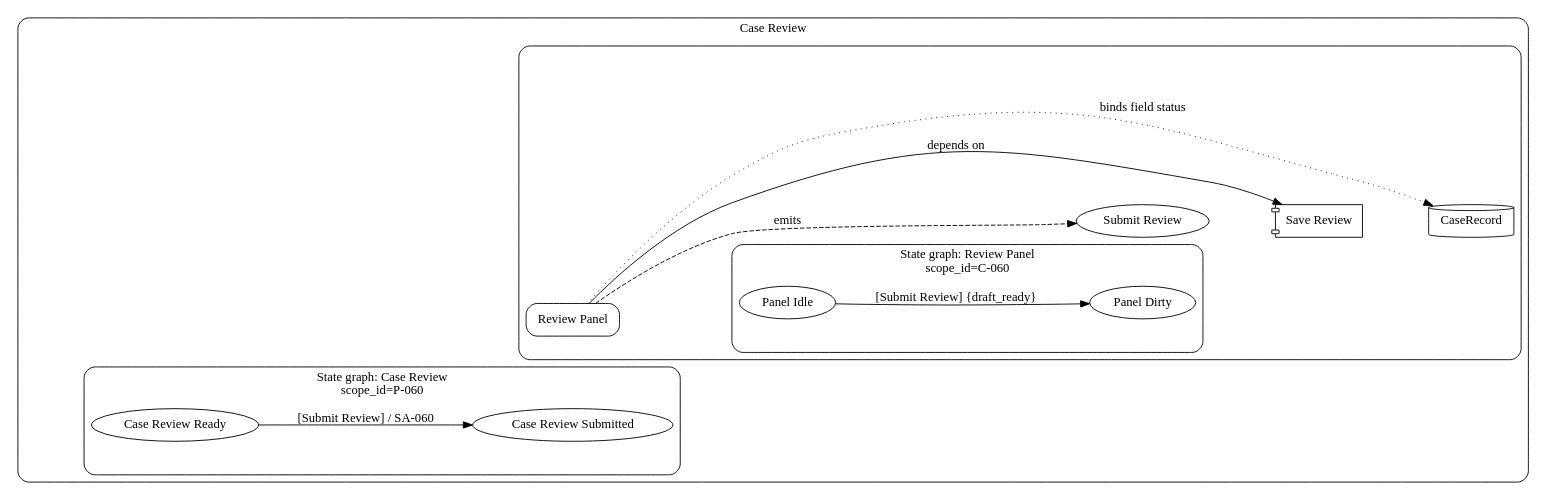
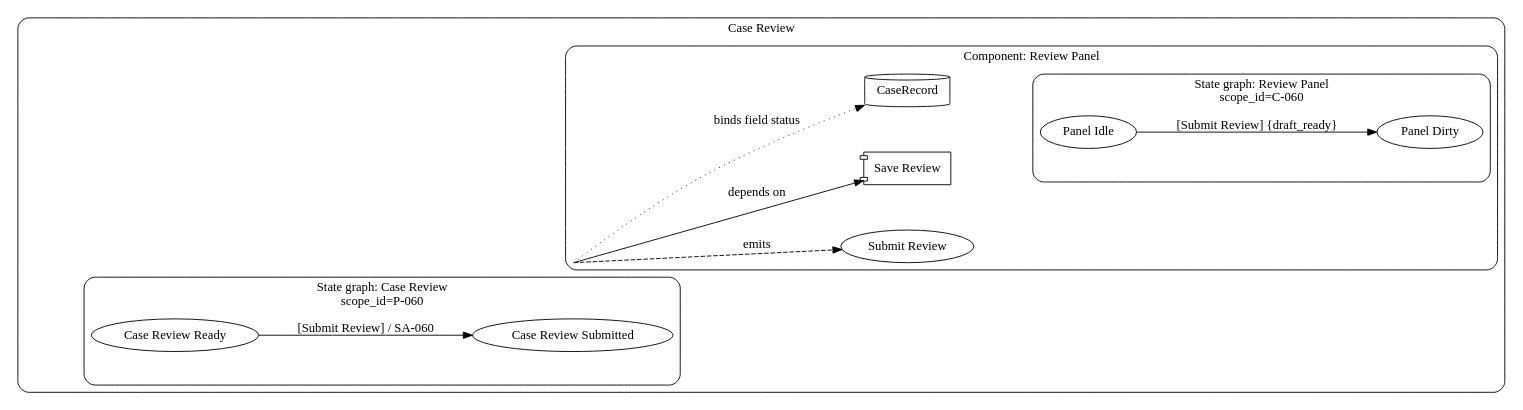
The diagram in examples/rendered/v0.1/ui_contracts_diagram_type/ui_state_fallback_example/simple_profile/ui_state_fallback.ui_contracts.dot (knutopia/Structured-Design-Documents), drawn with Graphviz before and after one commit. The commit also changed 31 other files, not shown here.

```diff
--- a/examples/rendered/v0.1/ui_contracts_diagram_type/ui_state_fallback_example/simple_profile/ui_state_fallback.ui_contracts.dot
+++ b/examples/rendered/v0.1/ui_contracts_diagram_type/ui_state_fallback_example/simple_profile/ui_state_fallback.ui_contracts.dot
@@ -1,38 +1,35 @@
 digraph ui_contracts {
   rankdir=LR;
   graph [fontname="Public Sans", compound=true, nodesep=0.7, ranksep=1.0];
   node [fontname="Public Sans"];
   edge [fontname="Public Sans"];
   subgraph cluster_P_060 {
     graph [label="Case Review", style="rounded"];
     "P-060__anchor" [label="", shape="point", width=0, height=0, style="invis"];
     subgraph cluster_secondary_state_group_P_060 {
       graph [label="State graph: Case Review\nscope_id=P-060", style="rounded"];
       "ST-060a" [shape="ellipse", label="Case Review Ready"];
       "ST-060b" [shape="ellipse", label="Case Review Submitted"];
     }
     subgraph cluster_C_060 {
-      graph [label="", style="rounded"];
-      "C-060" [shape="box", style="rounded", label="Review Panel"];
+      graph [label="Component: Review Panel", style="rounded"];
+      "C-060__anchor" [label="", shape="point", width=0, height=0, style="invis"];
+      "E-060" [shape="oval", label="Submit Review"];
+      "SA-060" [shape="component", label="Save Review"];
+      "D-060" [shape="cylinder", label="CaseRecord"];
       subgraph cluster_secondary_state_group_C_060 {
         graph [label="State graph: Review Panel\nscope_id=C-060", style="rounded"];
         "ST-061a" [shape="ellipse", label="Panel Idle"];
         "ST-061b" [shape="ellipse", label="Panel Dirty"];
       }
-      "E-060" [shape="oval", label="Submit Review"];
-      "SA-060" [shape="component", label="Save Review"];
-      "D-060" [shape="cylinder", label="CaseRecord"];
     }
   }
   "P-060__anchor" -> "ST-060a" [style=invis, weight=100];
-  "ST-060a" -> "C-060" [style=invis, weight=100];
-  "C-060" -> "ST-061a" [style=invis, weight=100];
-  "ST-061a" -> "E-060" [style=invis, weight=100];
-  "E-060" -> "SA-060" [style=invis, weight=100];
-  "SA-060" -> "D-060" [style=invis, weight=100];
-  "C-060" -> "D-060" [label="binds field status", style="dotted", constraint=false];
-  "C-060" -> "SA-060" [label="depends on", constraint=false];
-  "C-060" -> "E-060" [label="emits", style="dashed", constraint=false];
+  "ST-060a" -> "C-060__anchor" [style=invis, weight=100];
+  "D-060" -> "ST-061a" [style=invis, weight=100];
+  "C-060__anchor" -> "D-060" [label="binds field status", style="dotted", constraint=true];
+  "C-060__anchor" -> "SA-060" [label="depends on", constraint=true];
+  "C-060__anchor" -> "E-060" [label="emits", style="dashed", constraint=true];
   "ST-060a" -> "ST-060b" [label="[Submit Review] / SA-060", style="solid", weight=4];
   "ST-061a" -> "ST-061b" [label="[Submit Review] {draft_ready}", style="solid", weight=4];
 }
```
